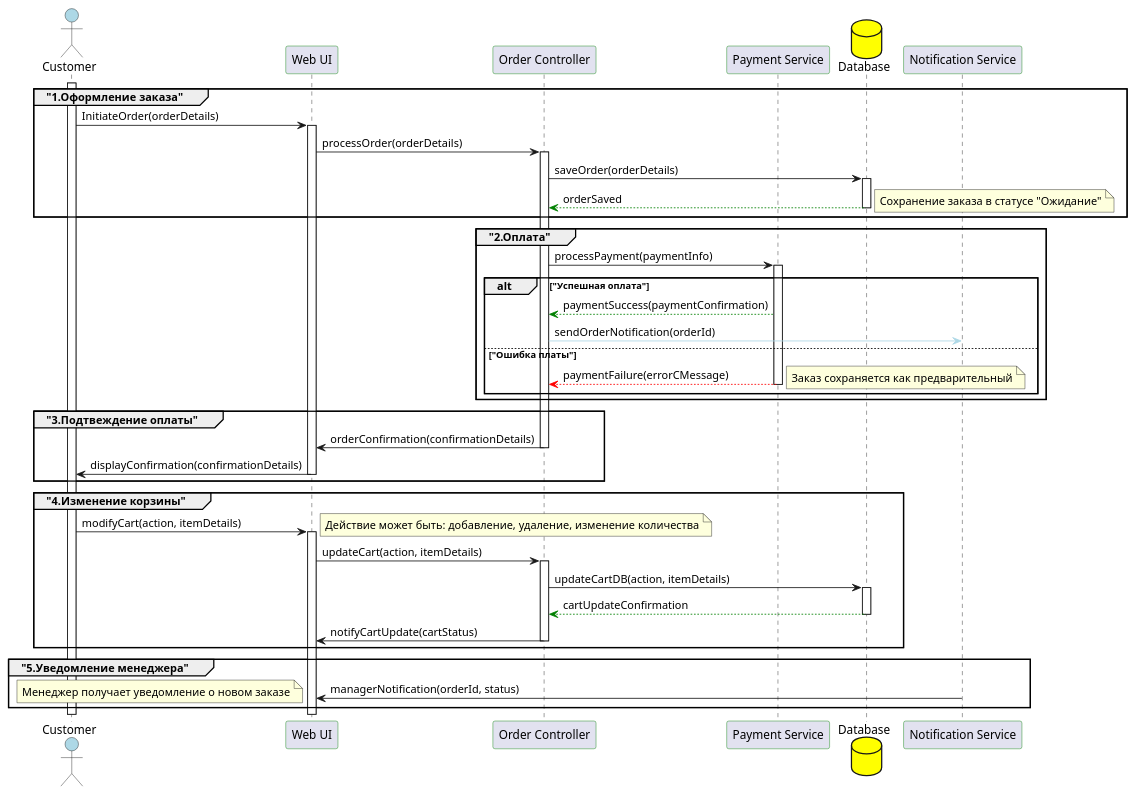
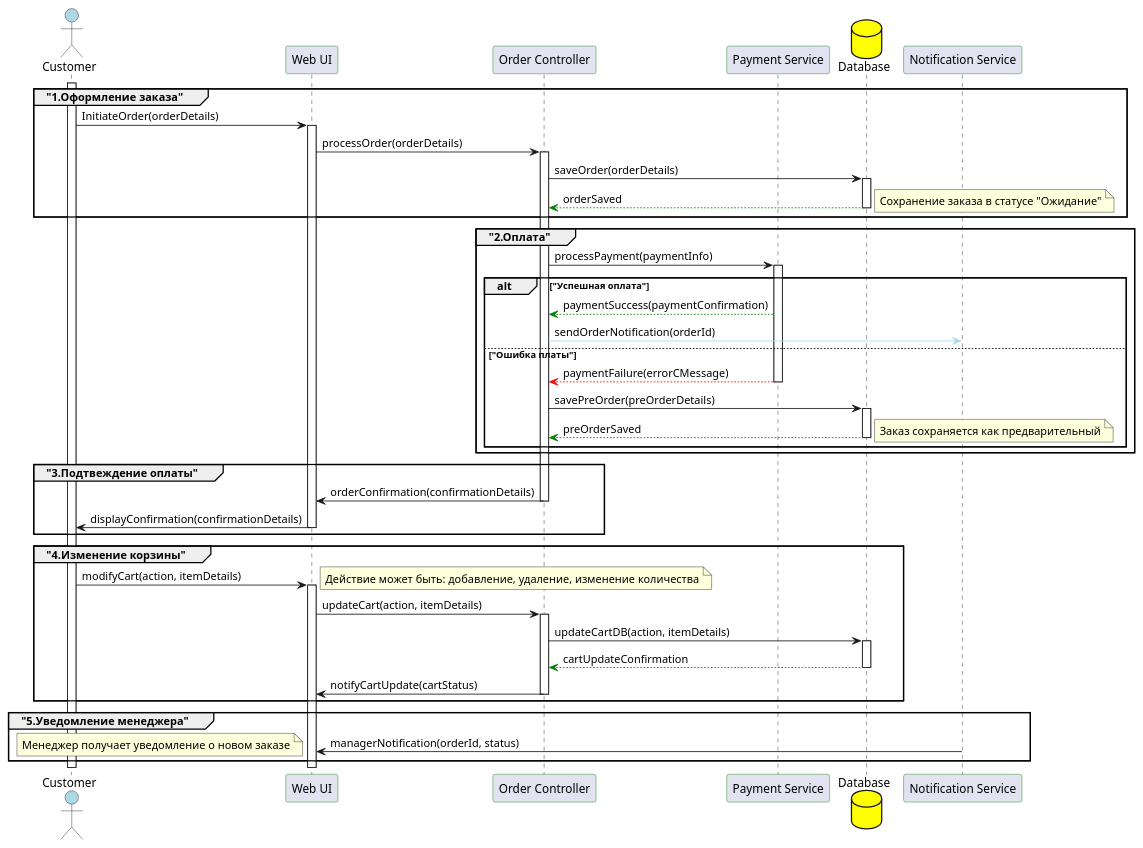
One commit to alex-s-pavlov/uml changed the diagram in lesson_4/visualization_seq_diagram.wsd. Above: the diagram before and after it, drawn with PlantUML.

Commit message:
Diagram updated

```diff
--- a/lesson_4/visualization_seq_diagram.wsd
+++ b/lesson_4/visualization_seq_diagram.wsd
@@ -1,59 +1,61 @@
 @startuml Vizualization
 skinparam sequence{
     ParticipantBorderColor #green
 }
 actor "Customer" as cs #lightblue
 participant "Web UI" as ui
 participant "Order Controller" as controller
 participant "Payment Service" as payment
 database "Database" as db #yellow
 participant "Notification Service" as notification
 
 group "1.Оформление заказа"
 activate cs
 cs -> ui ++ : InitiateOrder(orderDetails)
 ui -> controller ++ : processOrder(orderDetails)
 controller -> db ++: saveOrder(orderDetails)
 controller <[#green]-- db -- : orderSaved
 note right
     Сохранение заказа в статусе "Ожидание"
 end note
 end group
 
 group "2.Оплата"
 controller -> payment ++ : processPayment(paymentInfo)
 alt "Успешная оплата"
 controller <[#green]-- payment: paymentSuccess(paymentConfirmation) 
 controller -[#lightblue]> notification: sendOrderNotification(orderId)
 else "Ошибка платы"
 controller <[#red]-- payment -- : paymentFailure(errorCMessage)
+controller -> db ++: savePreOrder(preOrderDetails)
+controller <[#green]-- db -- : preOrderSaved
 note right
     Заказ сохраняется как предварительный
 end note
 end
 end group
 
 group "3.Подтвеждение оплаты"
 ui <- controller -- : orderConfirmation(confirmationDetails)
 cs <- ui -- : displayConfirmation(confirmationDetails)
 end group
 
 group "4.Изменение корзины"
 cs -> ui ++ : modifyCart(action, itemDetails)
 note right
     Действие может быть: добавление, удаление, изменение количества
 end note
 ui -> controller ++ : updateCart(action, itemDetails)
 controller -> db ++: updateCartDB(action, itemDetails)
 controller <[#green]-- db -- : cartUpdateConfirmation
 ui <- controller -- : notifyCartUpdate(cartStatus)
 end group
 
 group "5.Уведомление менеджера"
 ui <- notification -- : managerNotification(orderId, status)
 note left
     Менеджер получает уведомление о новом заказе
 end note
 end group
 
 @enduml
```
